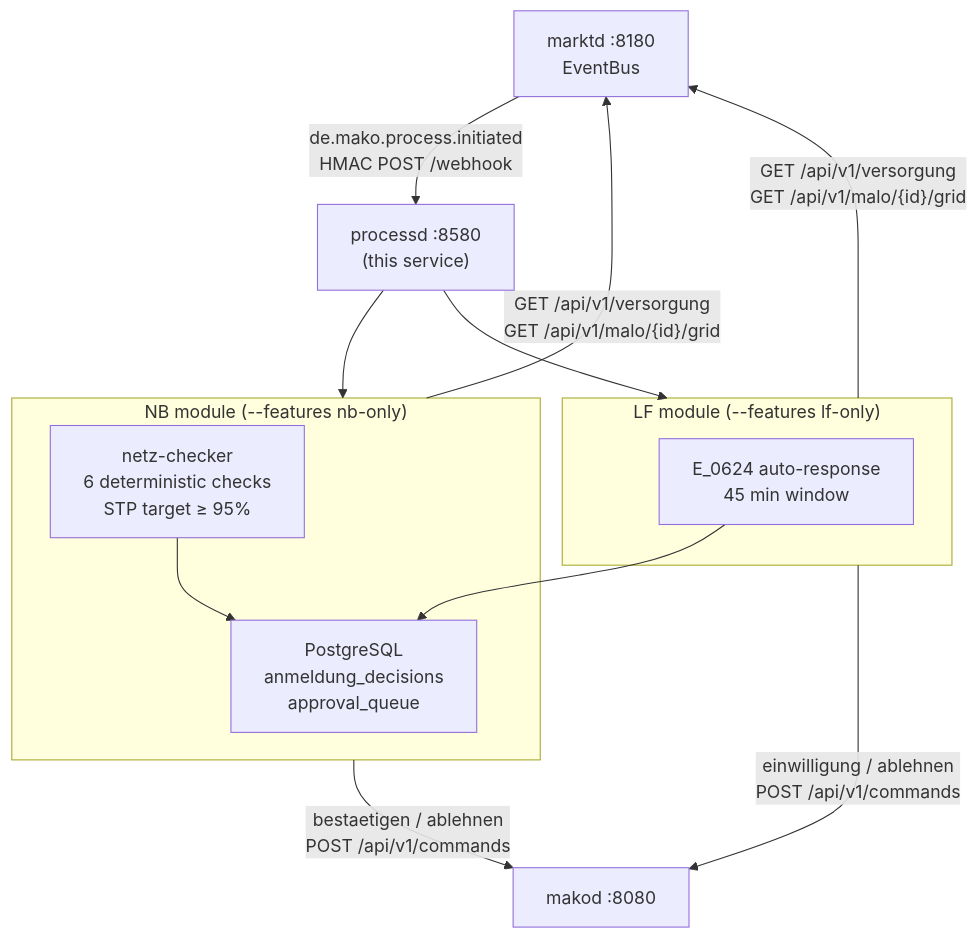
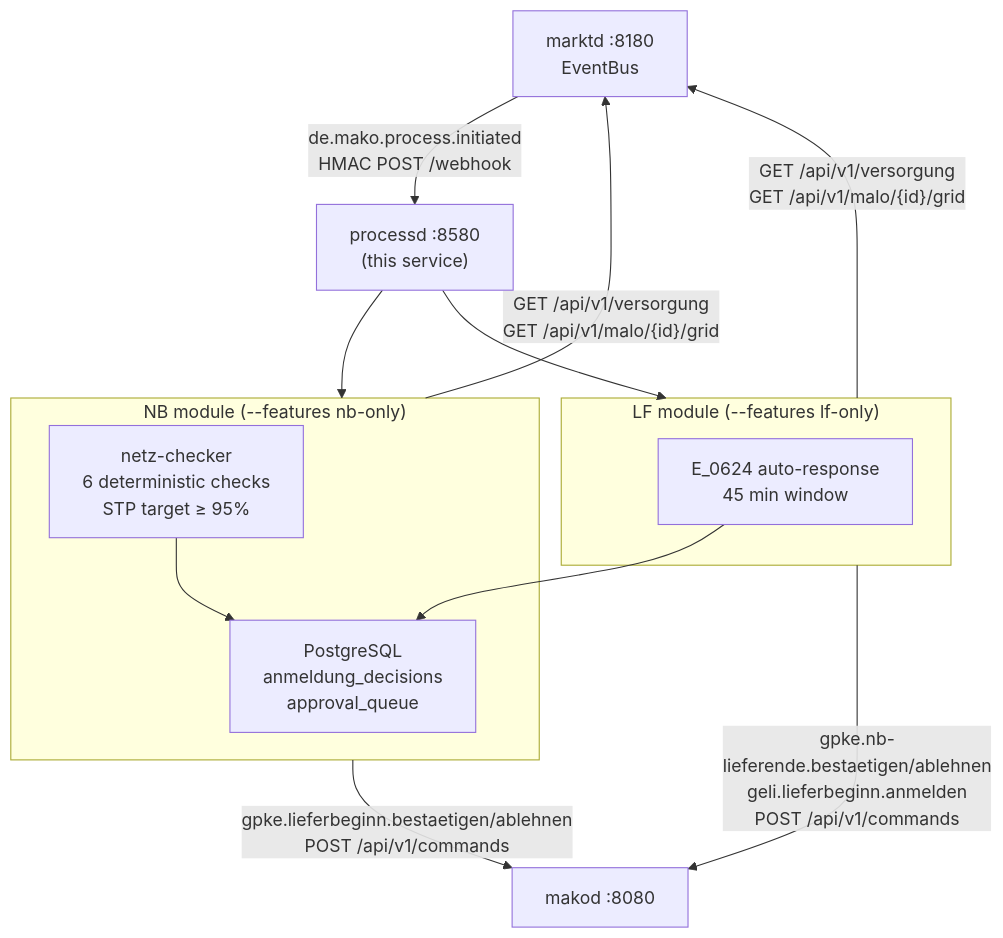
One commit to hupe1980/mako changed the diagram in docs/processd.md. Above: the diagram before and after it, drawn with Mermaid. The commit also changed other lines of this file and 163 other files, not shown here.

````diff
--- a/docs/processd.md
+++ b/docs/processd.md
@@ -18,25 +18,25 @@
 ```mermaid
 graph TB
     marktd["marktd :8180\nEventBus"]
     processd["processd :8580\n(this service)"]
     makod["makod :8080"]
     pg["PostgreSQL\nanmeldung_decisions\napproval_queue"]
 
     marktd -->|"de.mako.process.initiated\nHMAC POST /webhook"| processd
 
     subgraph NB ["NB module (--features nb-only)"]
         NC["netz-checker\n6 deterministic checks\nSTP target ≥ 95%"]
         NC --> pg
     end
 
     subgraph LF ["LF module (--features lf-only)"]
         LFA["E_0624 auto-response\n45 min window"]
         LFA --> pg
     end
 
     processd --> NB
     processd --> LF
-    NB -->|"bestaetigen / ablehnen\nPOST /api/v1/commands"| makod
-    LF -->|"einwilligung / ablehnen\nPOST /api/v1/commands"| makod
+    NB -->|"gpke.lieferbeginn.bestaetigen/ablehnen\nPOST /api/v1/commands"| makod
+    LF -->|"gpke.nb-lieferende.bestaetigen/ablehnen\ngeli.lieferbeginn.anmelden\nPOST /api/v1/commands"| makod
     NB & LF -->|"GET /api/v1/versorgung\nGET /api/v1/malo/{id}/grid"| marktd
 ```
````
